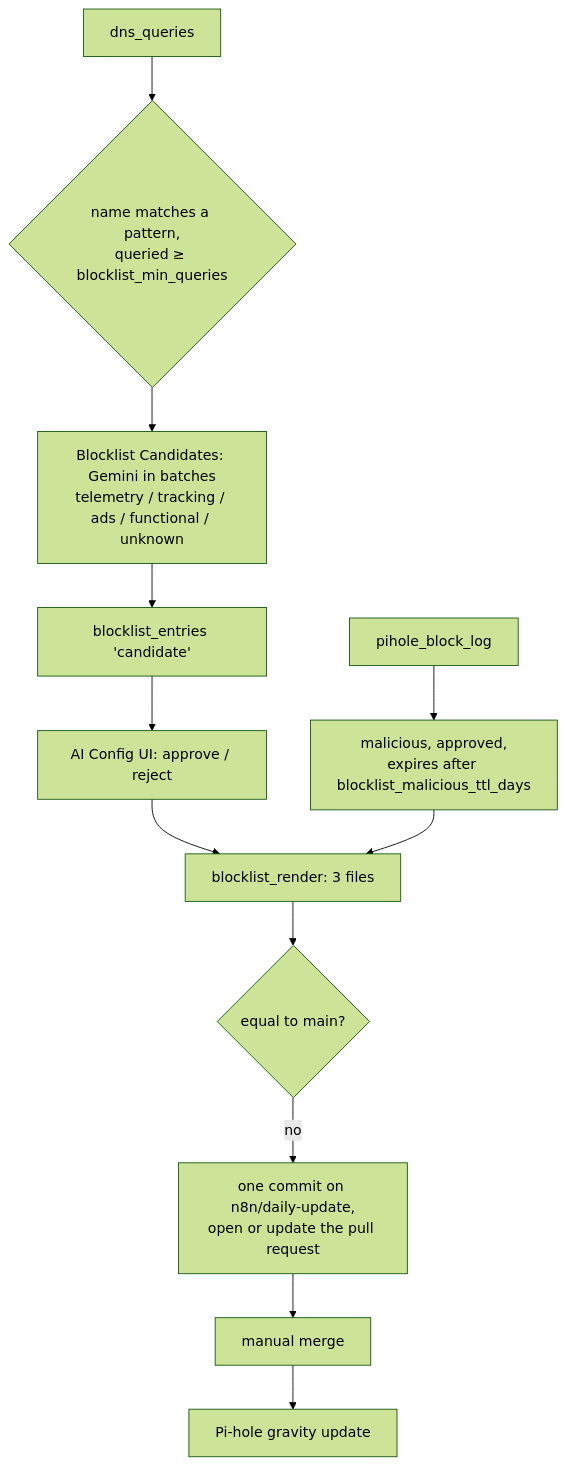
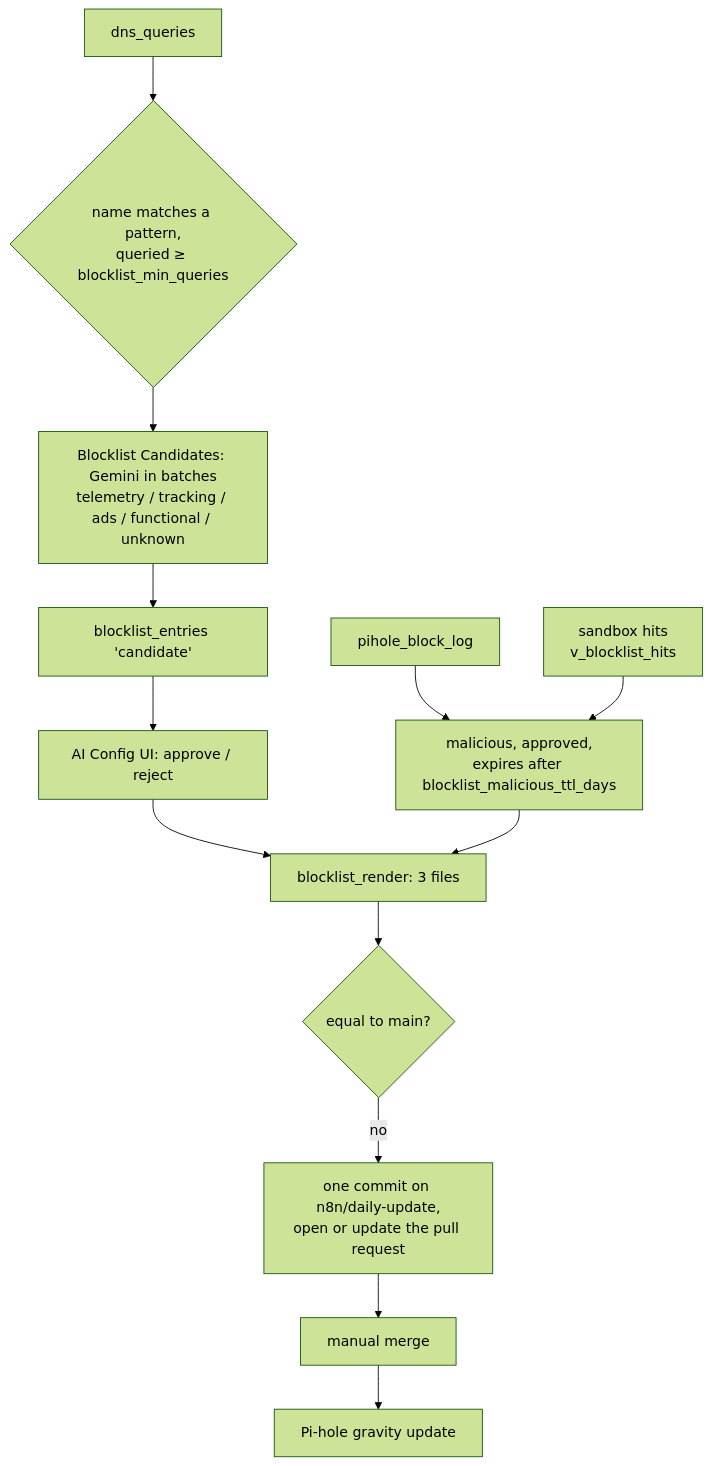
One commit to lukaszFD/cyber-sentinel changed the third of 4 diagrams in docs/n8n.md. Above: the diagram before and after it, drawn with Mermaid (forest theme). The commit also changed other lines of this file and 60 other files, not shown here.

````diff
--- a/docs/n8n.md
+++ b/docs/n8n.md
@@ -164,13 +165,14 @@
 ```mermaid
 flowchart TD
     Q[dns_queries] --> P{name matches a pattern,<br>queried ≥ blocklist_min_queries}
     P --> AI[Blocklist Candidates: Gemini in batches<br>telemetry / tracking / ads / functional / unknown]
     AI --> C[blocklist_entries 'candidate']
     C --> UI[AI Config UI: approve / reject]
     B[pihole_block_log] --> M[malicious, approved,<br>expires after blocklist_malicious_ttl_days]
+    SB[sandbox hits<br>v_blocklist_hits] --> M
     UI --> R[blocklist_render: 3 files]
     M --> R
     R --> D{equal to main?}
     D -- no --> PR[one commit on n8n/daily-update,<br>open or update the pull request]
     PR --> MG[manual merge] --> PH[Pi-hole gravity update]
 ```
````
